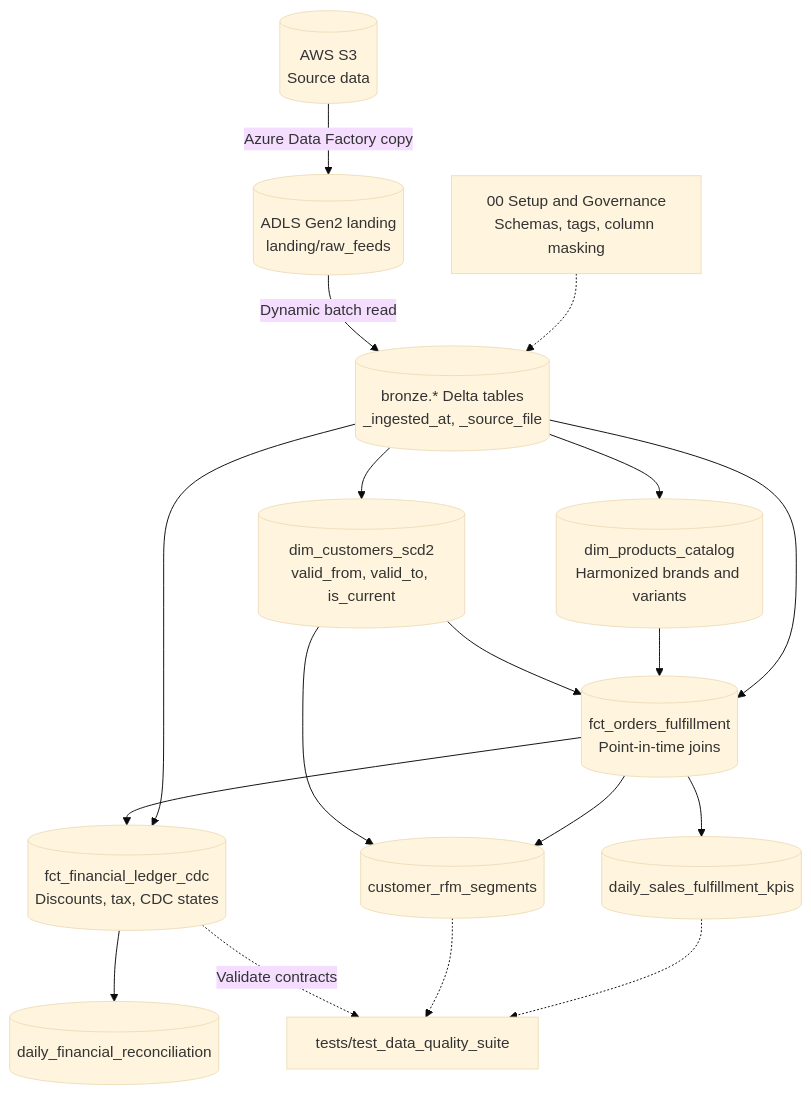
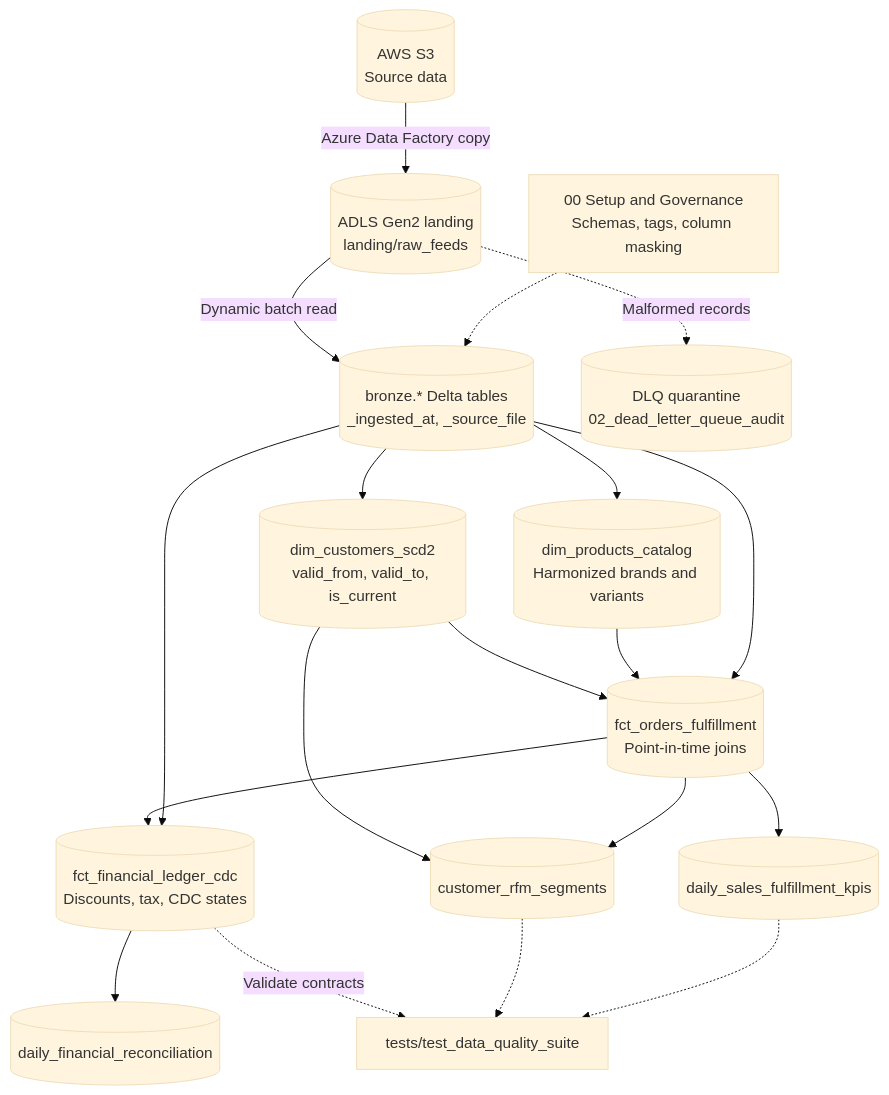
One commit to nikhilchoudhary28/azure-databricks-ecommerce-lakehouse changed the diagram in README.md. Above: the diagram before and after it, drawn with Mermaid (base theme). The commit also changed other lines of this file, not shown here.

Commit message:
Add DLQ audit notebook to README

````diff
--- a/README.md
+++ b/README.md
@@ -46,24 +46,26 @@
 ```mermaid
 flowchart TD
     SRC[("AWS S3<br/>Source data")] -->|"Azure Data Factory copy"| L1[("ADLS Gen2 landing<br/>landing/raw_feeds")]
     L1 -->|"Dynamic batch read"| B1[("bronze.* Delta tables<br/>_ingested_at, _source_file")]
+
+    L1 -.->|"Malformed records"| Q1[("DLQ quarantine<br/>02_dead_letter_queue_audit")]
 
     G0["00 Setup and Governance<br/>Schemas, tags, column masking"] -.-> B1
 
     B1 --> S1[("dim_customers_scd2<br/>valid_from, valid_to, is_current")]
     B1 --> S2[("dim_products_catalog<br/>Harmonized brands and variants")]
     S1 --> S3[("fct_orders_fulfillment<br/>Point-in-time joins")]
     S2 --> S3
     B1 --> S3
     S3 --> S4[("fct_financial_ledger_cdc<br/>Discounts, tax, CDC states")]
     B1 --> S4
 
     S1 --> G1[("customer_rfm_segments")]
     S3 --> G1
     S3 --> G2[("daily_sales_fulfillment_kpis")]
     S4 --> G3[("daily_financial_reconciliation")]
 
     S4 -.->|"Validate contracts"| T1["tests/test_data_quality_suite"]
     G1 -.-> T1
     G2 -.-> T1
 ```
````
